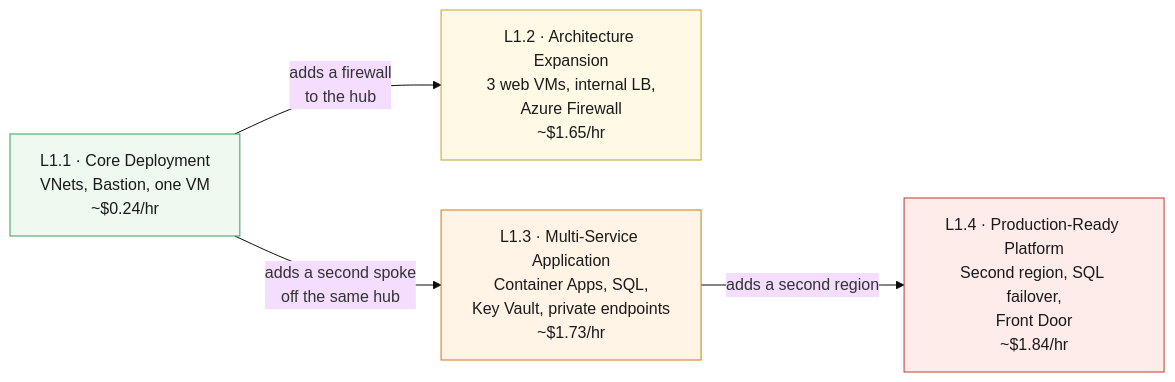
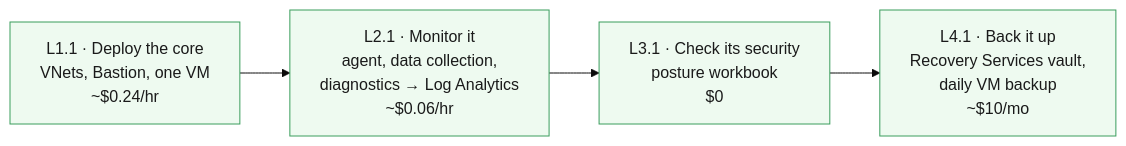
The diagram in docs/wiki/Home.md (saulpatinojr/Demo-IaC_Demo_with_VSCode), drawn with Mermaid (base theme) before and after one commit. The commit also changed other lines of this file and 3 other files, not shown here.

````diff
--- a/docs/wiki/Home.md
+++ b/docs/wiki/Home.md
@@ -26,20 +36,12 @@
 ```mermaid
 flowchart LR
-  C11["L1.1 · Core Deployment<br/>VNets, Bastion, one VM<br/>~$0.24/hr"]
-  C12["L1.2 · Architecture Expansion<br/>3 web VMs, internal LB,<br/>Azure Firewall<br/>~$1.65/hr"]
-  C13["L1.3 · Multi-Service Application<br/>Container Apps, SQL,<br/>Key Vault, private endpoints<br/>~$1.73/hr"]
-  C14["L1.4 · Production-Ready Platform<br/>Second region, SQL failover,<br/>Front Door<br/>~$1.84/hr"]
+  M1["L1.1 · Deploy the core<br/>VNets, Bastion, one VM<br/>~$0.24/hr"]
+  M2["L2.1 · Monitor it<br/>agent, data collection,<br/>diagnostics → Log Analytics<br/>~$0.06/hr"]
+  M3["L3.1 · Check its security<br/>posture workbook<br/>$0"]
+  M4["L4.1 · Back it up<br/>Recovery Services vault,<br/>daily VM backup<br/>~$10/mo"]
 
-  C11 -->|"adds a firewall<br/>to the hub"| C12
-  C11 -->|"adds a second spoke<br/>off the same hub"| C13
-  C13 -->|"adds a second region"| C14
+  M1 --> M2 --> M3 --> M4
 
   classDef s1 fill:#eefaf0,stroke:#3a9d5d,color:#1a1a1a
-  classDef s2 fill:#fff9e6,stroke:#c9a227,color:#1a1a1a
-  classDef s3 fill:#fff4e5,stroke:#d97706,color:#1a1a1a
-  classDef s4 fill:#fdecea,stroke:#c0392b,color:#1a1a1a
-  class C11 s1
-  class C12 s2
-  class C13 s3
-  class C14 s4
+  class M1,M2,M3,M4 s1
 ```
````
